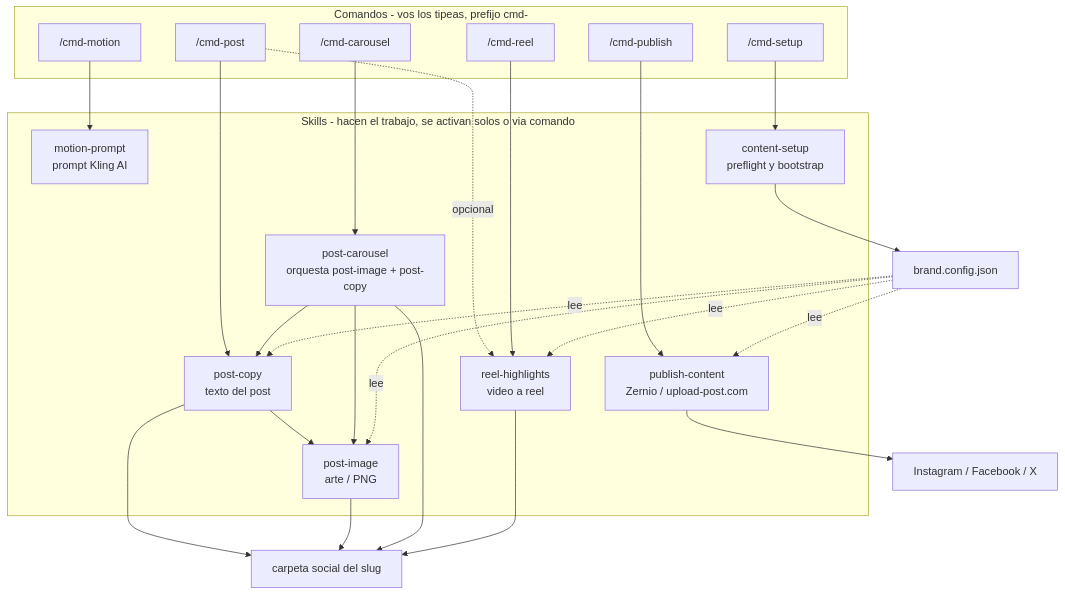
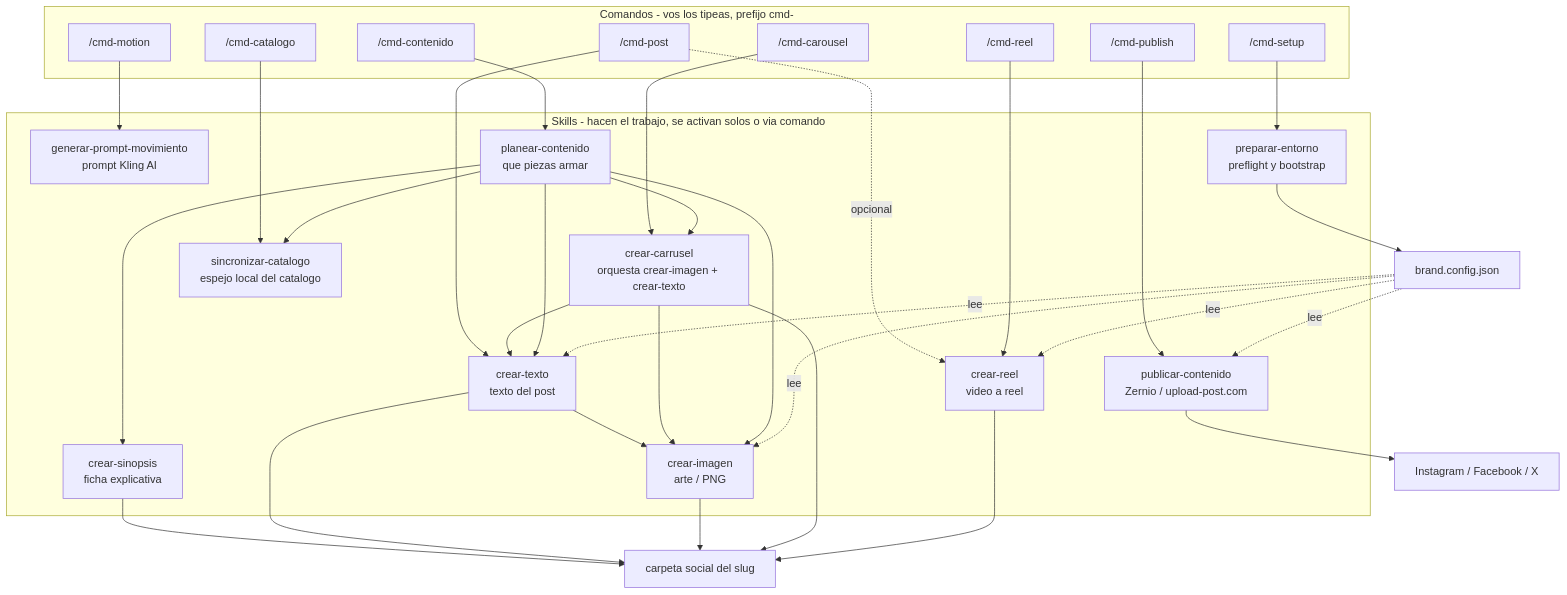
One commit to fabian7593/TauroClaudeCodeMarketing changed the diagram in plugin/post-studio/README.md. Above: the diagram before and after it, drawn with Mermaid. The commit also changed other lines of this file and 88 other files, not shown here.

````diff
--- a/plugin/post-studio/README.md
+++ b/plugin/post-studio/README.md
@@ -62,44 +62,57 @@
 ```mermaid
 flowchart TD
     subgraph CMD["Comandos - vos los tipeas, prefijo cmd-"]
         C1["/cmd-post"]
         C2["/cmd-carousel"]
         C3["/cmd-reel"]
         C4["/cmd-motion"]
         C5["/cmd-publish"]
         C6["/cmd-setup"]
+        C7["/cmd-catalogo"]
+        C8["/cmd-contenido"]
     end
 
     subgraph SKILLS["Skills - hacen el trabajo, se activan solos o via comando"]
-        S1["post-copy<br/>texto del post"]
-        S2["post-image<br/>arte / PNG"]
-        S3["post-carousel<br/>orquesta post-image + post-copy"]
-        S4["motion-prompt<br/>prompt Kling AI"]
-        S5["reel-highlights<br/>video a reel"]
-        S6["publish-content<br/>Zernio / upload-post.com"]
-        S7["content-setup<br/>preflight y bootstrap"]
+        S1["crear-texto<br/>texto del post"]
+        S2["crear-imagen<br/>arte / PNG"]
+        S3["crear-carrusel<br/>orquesta crear-imagen + crear-texto"]
+        S4["generar-prompt-movimiento<br/>prompt Kling AI"]
+        S5["crear-reel<br/>video a reel"]
+        S6["publicar-contenido<br/>Zernio / upload-post.com"]
+        S7["preparar-entorno<br/>preflight y bootstrap"]
+        S8["sincronizar-catalogo<br/>espejo local del catalogo"]
+        S9["planear-contenido<br/>que piezas armar"]
+        S10["crear-sinopsis<br/>ficha explicativa"]
     end
 
     C1 --> S1
     S1 --> S2
     C1 -.->|opcional| S5
     C2 --> S3
     S3 --> S1
     S3 --> S2
     C3 --> S5
     C4 --> S4
     C5 --> S6
     C6 --> S7
+    C7 --> S8
+    C8 --> S9
+    S9 --> S8
+    S9 --> S3
+    S9 --> S2
+    S9 --> S10
+    S9 --> S1
+    S10 --> OUT
 
     S1 --> OUT["carpeta social del slug"]
     S2 --> OUT
     S3 --> OUT
     S5 --> OUT
     S6 --> NET["Instagram / Facebook / X"]
     S7 --> CFG["brand.config.json"]
 
     CFG -.->|lee| S1
     CFG -.->|lee| S2
     CFG -.->|lee| S5
     CFG -.->|lee| S6
 ```
````
